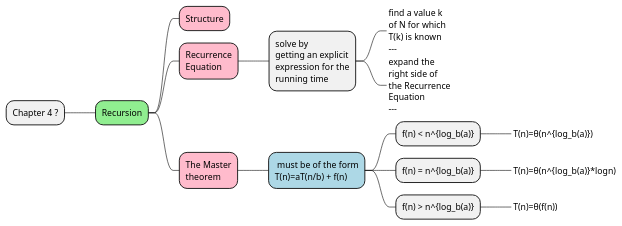
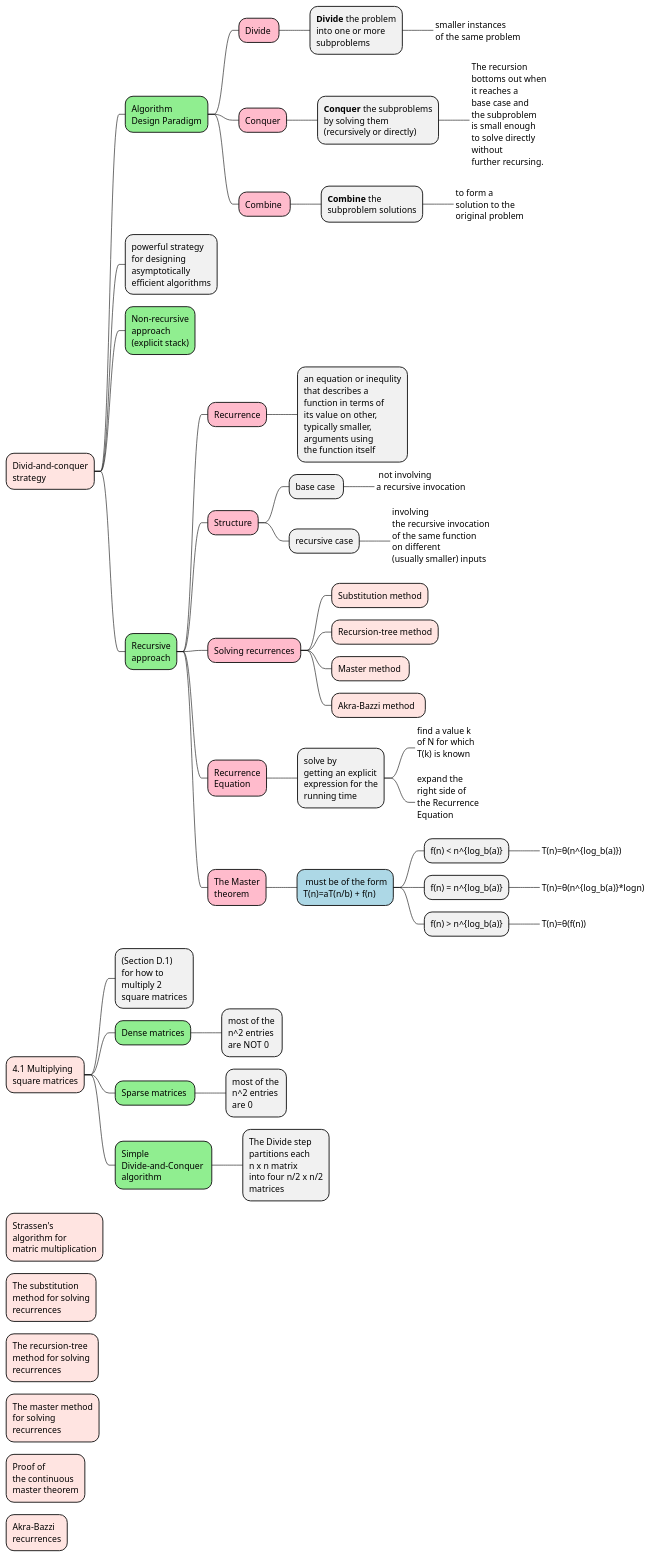
The diagram in chapter04/mindmap.plantuml (BeanLearningADS/introduction-to-algorithms), drawn with PlantUML before and after one commit.

Commit message:
Chapter 04 update

```diff
--- a/chapter04/mindmap.plantuml
+++ b/chapter04/mindmap.plantuml
@@ -1,38 +1,154 @@
 @startmindmap
 
-* Chapter 4 ?
-**[#lightgreen] Recursion
+*[#MistyRose]:Divid-and-conquer
+strategy;
+**[#lightgreen]:Algorithm
+Design Paradigm;
+***[#FFBBCC] Divide 
+****:<b>Divide</b> the problem
+into one or more
+subproblems;
+*****_:smaller instances
+of the same problem;
+***[#FFBBCC] Conquer
+****:<b>Conquer</b> the subproblems
+by solving them 
+(recursively or directly);
+*****_:The recursion 
+bottoms out when 
+it reaches a 
+base case and 
+the subproblem 
+is small enough 
+to solve directly 
+without 
+further recursing. 
+;
+***[#FFBBCC] Combine 
+****:<b>Combine</b> the 
+subproblem solutions;
+*****_:to form a 
+solution to the 
+original problem;
+
+**:powerful strategy 
+for designing
+asymptotically
+efficient algorithms;
+**[#lightgreen]:Non-recursive 
+approach 
+(explicit stack);
+**[#lightgreen]:Recursive
+approach;
+***[#FFBBCC] Recurrence
+****:an equation or inequlity 
+that describes a 
+function in terms of 
+its value on other, 
+typically smaller, 
+arguments using 
+the function itself;
 
 ***[#FFBBCC] Structure
+**** base case 
+*****_: not involving
+a recursive invocation
+;
+**** recursive case
+*****_:involving 
+the recursive invocation
+of the same function 
+on different
+(usually smaller) inputs
+;
+
+***[#FFBBCC] Solving recurrences
+****[#MistyRose] Substitution method
+****[#MistyRose] Recursion-tree method
+****[#MistyRose] Master method 
+****[#MistyRose] Akra-Bazzi method  
 
 ***[#FFBBCC]:Recurrence
 Equation;
 ****:solve by 
 getting an explicit
 expression for the
 running time;
 *****_:find a value k
 of N for which 
 T(k) is known
----;
+;
 *****_:expand the
 right side of 
 the Recurrence 
 Equation
----;
+;
 
 ***[#FFBBCC]:The Master
 theorem;
 ****[#lightblue]: must be of the form 
 T(n)=aT(n/b) + f(n);
 
 ***** f(n) < n^{log_b(a)}
 ******_ T(n)=θ(n^{log_b(a)})
 
 ***** f(n) = n^{log_b(a)}
 ******_ T(n)=θ(n^{log_b(a)}*logn)
 
 ***** f(n) > n^{log_b(a)}
 ******_ T(n)=θ(f(n))
 
+
+
+
+*[#MistyRose]:4.1 Multiplying
+square matrices;
+**:(Section D.1)
+for how to
+multiply 2
+square matrices;
+**[#lightgreen] Dense matrices
+***:most of the 
+n^2 entries 
+are NOT 0;
+
+**[#lightgreen] Sparse matrices 
+***:most of the 
+n^2 entries 
+are 0;
+
+**[#lightgreen]:Simple 
+Divide-and-Conquer 
+algorithm;
+***:The Divide step 
+partitions each 
+n x n matrix 
+into four n/2 x n/2
+matrices;
+
+*[#MistyRose]:Strassen's 
+algorithm for 
+matric multiplication;
+
+*[#MistyRose]:The substitution
+method for solving
+recurrences;
+
+*[#MistyRose]:The recursion-tree
+method for solving 
+recurrences;
+
+*[#MistyRose]:The master method 
+for solving 
+recurrences;
+
+*[#MistyRose]:Proof of 
+the continuous
+master theorem;
+
+*[#MistyRose]:Akra-Bazzi 
+recurrences;
+
+
+
 @endmindmap
```
